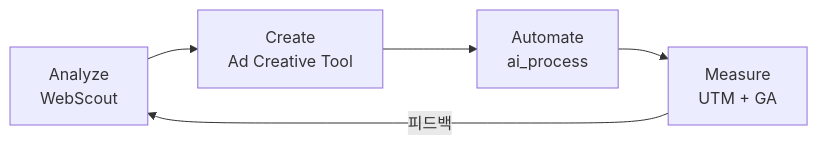
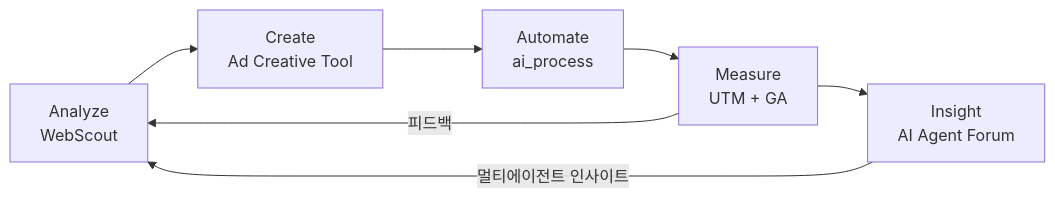
One commit to dalgoms/dalgoms changed the first of 2 diagrams in README.md. Above: the diagram before and after it, drawn with Mermaid. The commit also changed other lines of this file and 1 other file, not shown here.

First line of the commit message:
Add AI Agent Forum to portfolio, mark Ad Creative Tool as in-progress

````diff
--- a/README.md
+++ b/README.md
@@ -104,7 +110,9 @@
 ```mermaid
 flowchart LR
   A["Analyze\nWebScout"] --> B["Create\nAd Creative Tool"]
   B --> C["Automate\nai_process"]
   C --> D["Measure\nUTM + GA"]
   D -->|"피드백"| A
+  D --> E["Insight\nAI Agent Forum"]
+  E -->|"멀티에이전트 인사이트"| A
 ```
````
